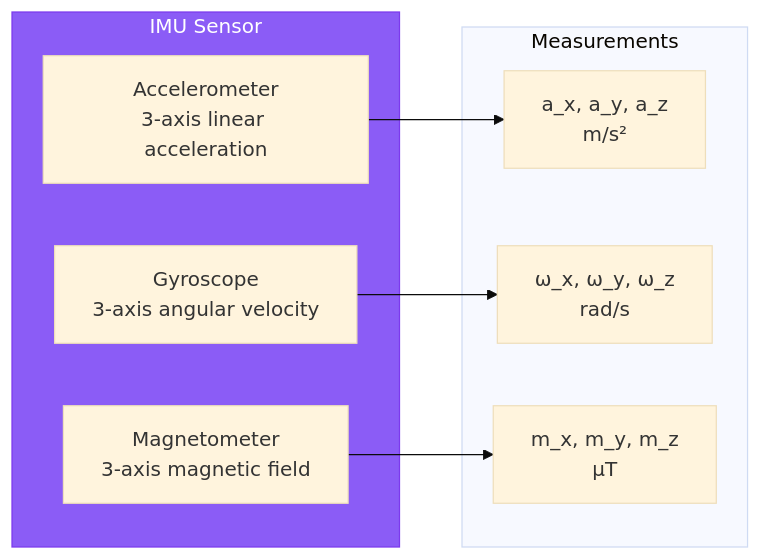
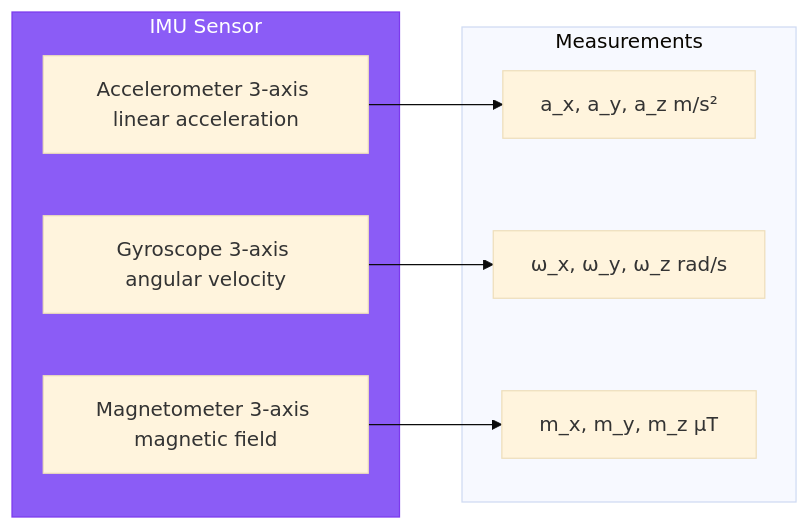
The fourth of 5 diagrams in docs/modules/module-2-digital-twin/chapter-07-sensors.md (shakir-hussain1/physical-AI-and-humanoid-robotics-textbook-by-shakir-hussain), drawn with Mermaid (base theme) before and after one commit. The commit also changed other lines of this file and 17 other files, not shown here.

Commit message:
fix: Remove br tags from Mermaid diagrams causing parse errors

````diff
--- a/docs/modules/module-2-digital-twin/chapter-07-sensors.md
+++ b/docs/modules/module-2-digital-twin/chapter-07-sensors.md
@@ -369,20 +369,20 @@
 ```mermaid
 flowchart LR
     subgraph IMU["IMU Sensor"]
-        ACCEL[Accelerometer<br/>3-axis linear acceleration]
-        GYRO[Gyroscope<br/>3-axis angular velocity]
-        MAG[Magnetometer<br/>3-axis magnetic field]
+        ACCEL[Accelerometer 3-axis linear acceleration]
+        GYRO[Gyroscope 3-axis angular velocity]
+        MAG[Magnetometer 3-axis magnetic field]
     end
 
     subgraph Output["Measurements"]
-        A[a_x, a_y, a_z<br/>m/s²]
-        W[ω_x, ω_y, ω_z<br/>rad/s]
-        M[m_x, m_y, m_z<br/>μT]
+        A[a_x, a_y, a_z m/s²]
+        W[ω_x, ω_y, ω_z rad/s]
+        M[m_x, m_y, m_z μT]
     end
 
     ACCEL --> A
     GYRO --> W
     MAG --> M
 
     style IMU fill:#8b5cf6,stroke:#7c3aed,color:#fff
 ```
````
